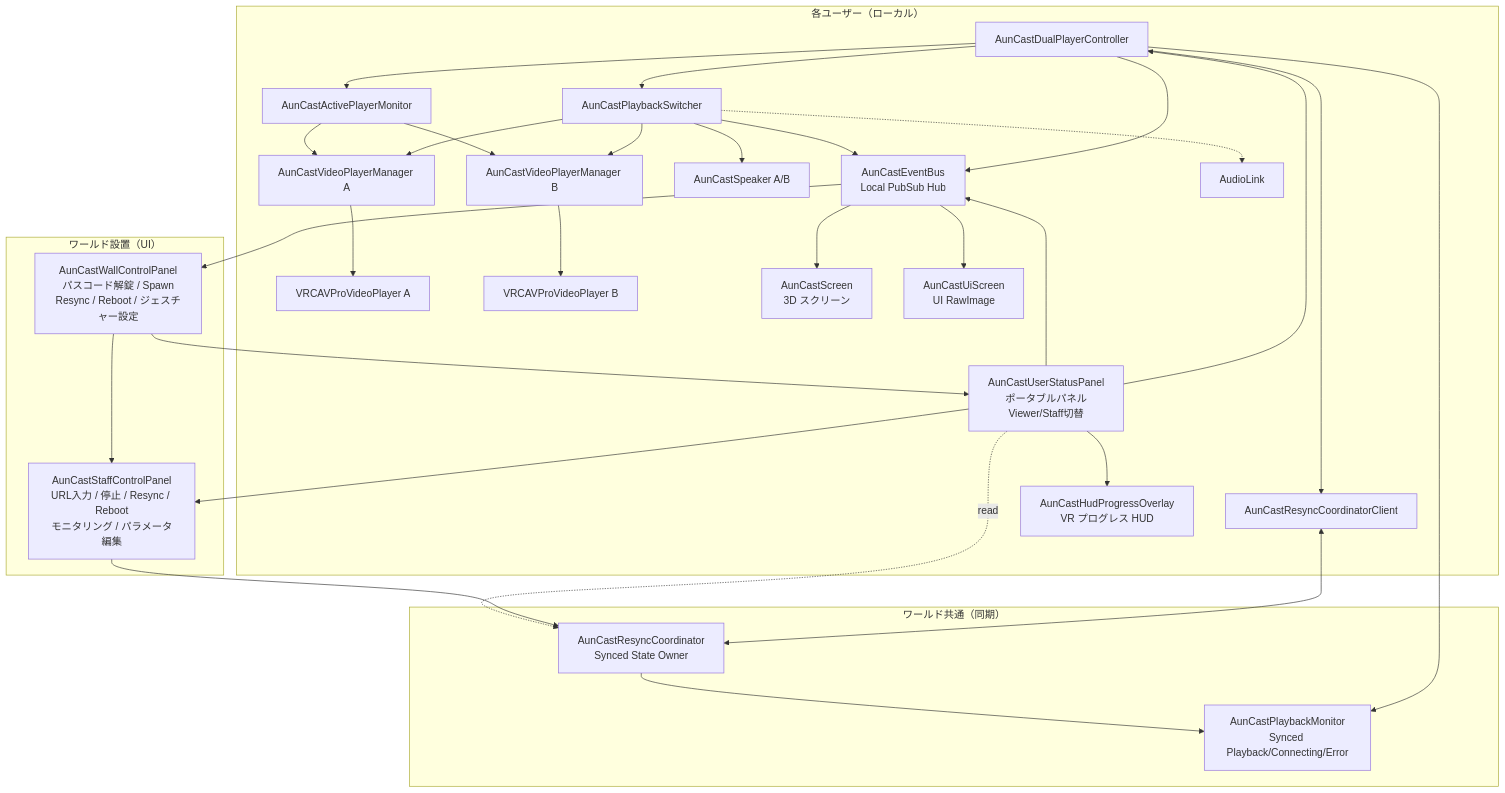
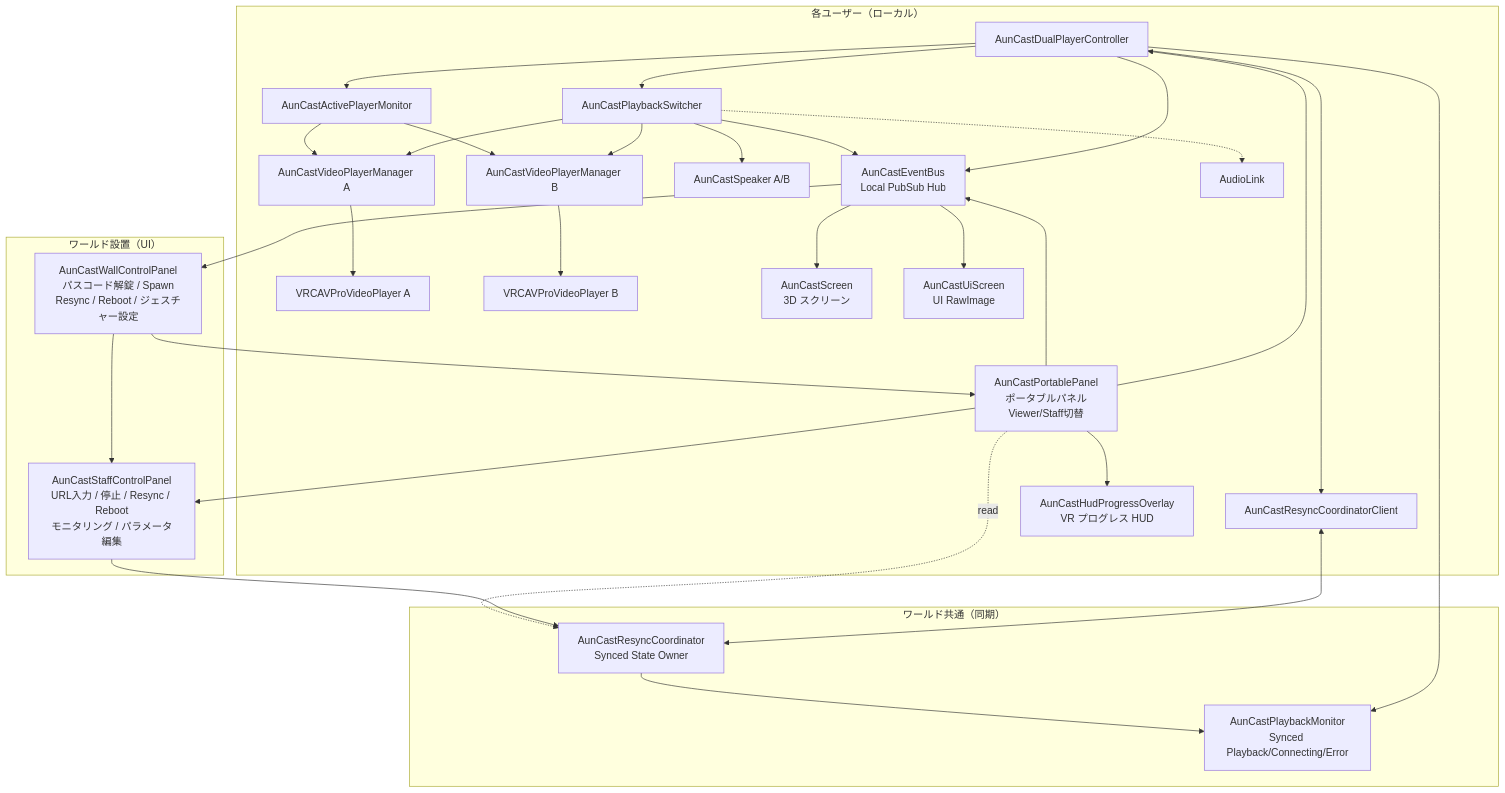
Before and after one commit to pasocommate/AunCast: the first of 6 diagrams in Docs/Design.md, drawn with Mermaid. The commit also changed other lines of this file and 30 other files, not shown here.

````diff
--- a/Docs/Design.md
+++ b/Docs/Design.md
@@ -451,59 +451,59 @@
 ```mermaid
 flowchart TB
     subgraph "各ユーザー（ローカル）"
         Ctrl[AunCastDualPlayerController]
         Mon[AunCastActivePlayerMonitor]
         Sw[AunCastPlaybackSwitcher]
         Cli[AunCastResyncCoordinatorClient]
         VPM_A[AunCastVideoPlayerManager A]
         VPM_B[AunCastVideoPlayerManager B]
         PA[VRCAVProVideoPlayer A]
         PB[VRCAVProVideoPlayer B]
         Audio[AunCastSpeaker A/B]
         Bus[AunCastEventBus<br/>Local PubSub Hub]
         MeshScreen[AunCastScreen<br/>3D スクリーン]
         UiScreen[AunCastUiScreen<br/>UI RawImage]
         AL[AudioLink]
-        Viewer[AunCastUserStatusPanel<br/>ポータブルパネル<br/>Viewer/Staff切替]
+        Viewer[AunCastPortablePanel<br/>ポータブルパネル<br/>Viewer/Staff切替]
         HUD[AunCastHudProgressOverlay<br/>VR プログレス HUD]
 
         Ctrl --> Mon
         Ctrl --> Sw
         Ctrl --> Cli
         Ctrl --> Bus
         Sw --> VPM_A
         Sw --> VPM_B
         Sw --> Bus
         Bus --> MeshScreen
         Bus --> UiScreen
         Sw -.-> AL
         Sw --> Audio
         VPM_A --> PA
         VPM_B --> PB
         Mon --> VPM_A
         Mon --> VPM_B
         Viewer --> Ctrl
         Viewer --> Bus
         Viewer --> HUD
     end
 
     subgraph "ワールド共通（同期）"
         Coord[AunCastResyncCoordinator<br/>Synced State Owner]
         PMon[AunCastPlaybackMonitor<br/>Synced Playback/Connecting/Error]
     end
 
     subgraph "ワールド設置（UI）"
         Wall[AunCastWallControlPanel<br/>パスコード解錠 / Spawn<br/>Resync / Reboot / ジェスチャー設定]
         Staff[AunCastStaffControlPanel<br/>URL入力 / 停止 / Resync / Reboot<br/>モニタリング / パラメータ編集]
     end
 
     Cli <--> Coord
     Ctrl --> PMon
     Wall --> Staff
     Wall --> Viewer
     Bus --> Wall
     Staff --> Coord
     Viewer -.->|read| Coord
     Viewer --> Staff
     Coord --> PMon
 ```
````
